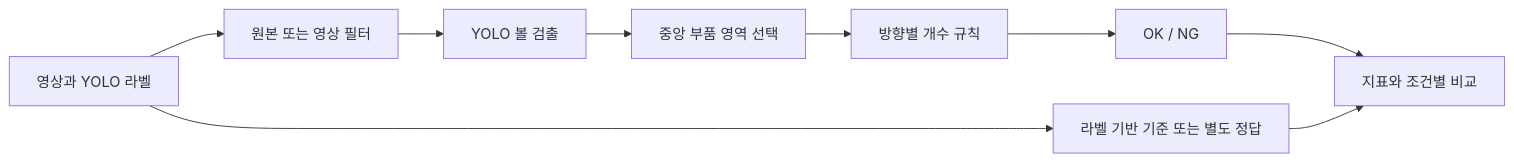
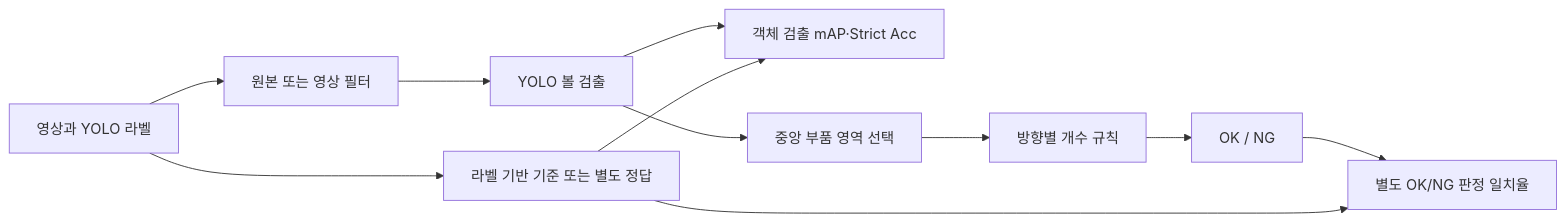
The diagram in README.md (PUVKID/Ball-Defect-Detection-Project), drawn with Mermaid before and after one commit. The commit also changed other lines of this file and 1 other file, not shown here.

````diff
--- a/README.md
+++ b/README.md
@@ -68,11 +69,13 @@
 ```mermaid
 flowchart LR
     A[영상과 YOLO 라벨] --> B[원본 또는 영상 필터]
     B --> C[YOLO 볼 검출]
+    C --> G[객체 검출 mAP·Strict Acc]
     C --> D[중앙 부품 영역 선택]
     D --> E[방향별 개수 규칙]
     E --> F[OK / NG]
-    F --> G[지표와 조건별 비교]
+    F --> I[별도 OK/NG 판정 일치율]
     A --> H[라벨 기반 기준 또는 별도 정답]
     H --> G
+    H --> I
 ```
````
